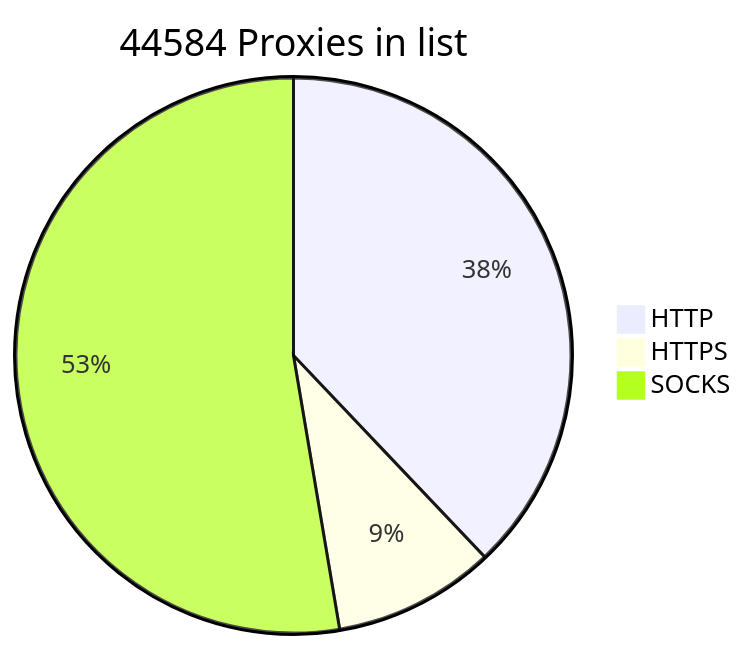
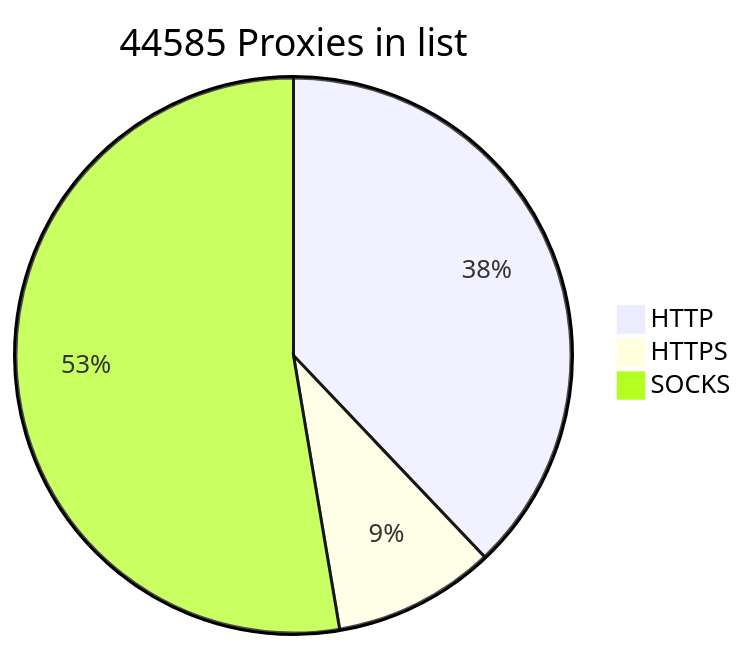
The diagram in README.md (BlackSnowDot/proxylist-update-every-minute), drawn with Mermaid before and after one commit.

````diff
--- a/README.md
+++ b/README.md
@@ -2,6 +2,6 @@
 ```mermaid
-pie title 44584 Proxies in list
+pie title 44585 Proxies in list
     "HTTP" : 18440
     "HTTPS": 4584
-    "SOCKS" : 25611
+    "SOCKS" : 25612
 ```
````
